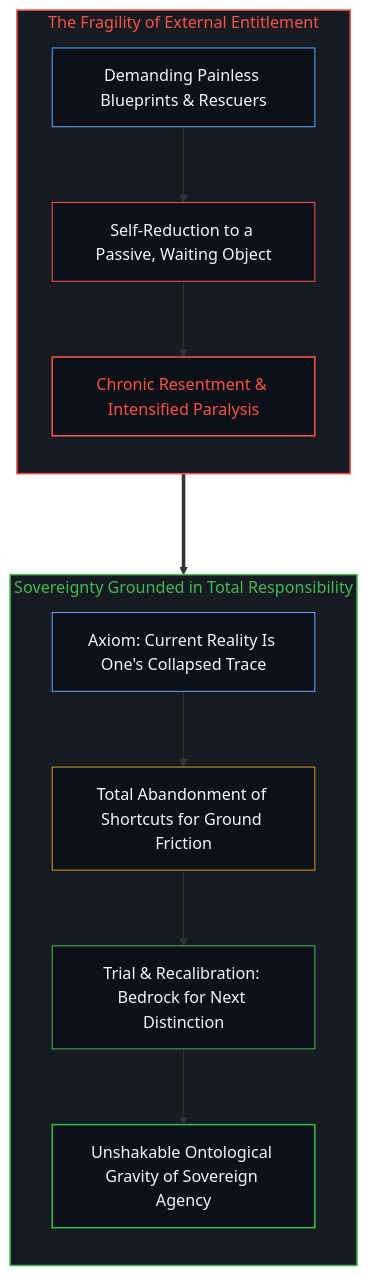
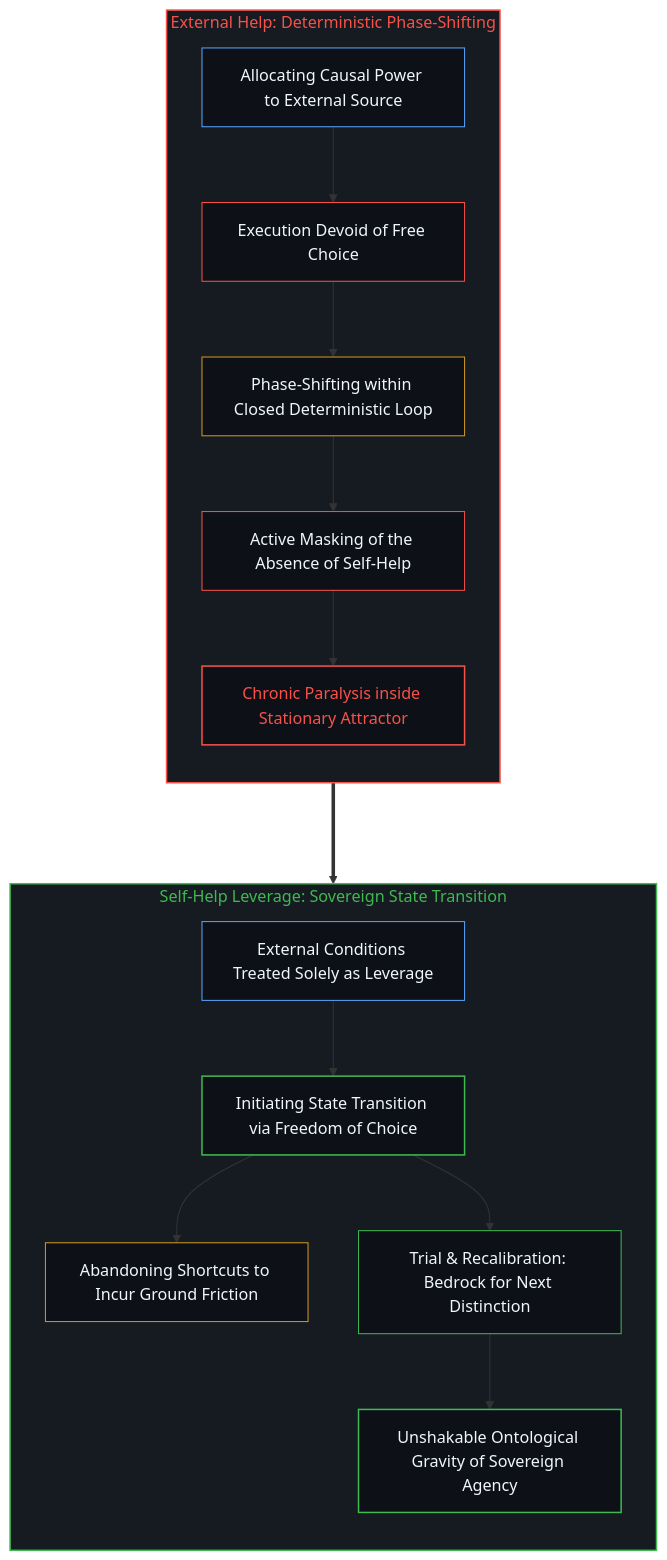
One commit to powerpig99/not-a-toe changed the tenth of 10 diagrams in content/posts/choice-itself-has-no-inherent-weight.md. Above: the diagram before and after it, drawn with Mermaid. The commit also changed other lines of this file and 4 other files, not shown here.

````diff
--- a/content/posts/choice-itself-has-no-inherent-weight.md
+++ b/content/posts/choice-itself-has-no-inherent-weight.md
@@ -317,27 +327,33 @@
 ```mermaid
 graph TD
-    subgraph S_Dependency_EN ["The Fragility of External Entitlement"]
+    subgraph S_Dependency_EN ["External Help: Deterministic Phase-Shifting"]
         direction TB
-        DE_Claim["Demanding Painless Blueprints & Rescuers"] --> DE_Passive["Self-Reduction to a Passive, Waiting Object"]
-        DE_Passive --> DE_Resentment["Chronic Resentment & Intensified Paralysis"]
+        DE_Claim["Allocating Causal Power to External Source"] --> DE_Passive["Execution Devoid of Free Choice"]
+        DE_Passive --> DE_PhaseShift["Phase-Shifting within Closed Deterministic Loop"]
+        DE_PhaseShift --> DE_Masking["Active Masking of the Absence of Self-Help"]
+        DE_Masking --> DE_Paralysis["Chronic Paralysis inside Stationary Attractor"]
     end
 
-    subgraph S_Sovereignty_EN ["Sovereignty Grounded in Total Responsibility"]
+    subgraph S_Sovereignty_EN ["Self-Help Leverage: Sovereign State Transition"]
         direction TB
-        RE_Ground["Axiom: Current Reality Is One's Collapsed Trace"] --> RE_Friction["Total Abandonment of Shortcuts for Ground Friction"]
-        RE_Friction --> RE_Bedrock["Trial & Recalibration: Bedrock for Next Distinction"]
+        RE_Leverage["External Conditions Treated Solely as Leverage"] --> RE_FreeChoice["Initiating State Transition via Freedom of Choice"]
+        RE_FreeChoice --> RE_Friction["Abandoning Shortcuts to Incur Ground Friction"]
+        RE_FreeChoice --> RE_Bedrock["Trial & Recalibration: Bedrock for Next Distinction"]
         RE_Bedrock --> RE_Agency["Unshakable Ontological Gravity of Sovereign Agency"]
     end
 
-    DE_Resentment ===> RE_Ground
+    DE_Paralysis ===> RE_Leverage
 
     style S_Dependency_EN fill:#161b22,stroke:#f85149,stroke-width:1.5px,color:#f85149
     style S_Sovereignty_EN fill:#161b22,stroke:#3fb950,stroke-width:1.5px,color:#3fb950
     style DE_Claim fill:#0d1117,stroke:#58a6ff,stroke-width:1px,color:#f0f6fc
     style DE_Passive fill:#0d1117,stroke:#f85149,stroke-width:1px,color:#f0f6fc
-    style DE_Resentment fill:#0d1117,stroke:#f85149,stroke-width:1.5px,color:#f85149
-    style RE_Ground fill:#0d1117,stroke:#58a6ff,stroke-width:1px,color:#f0f6fc
+    style DE_PhaseShift fill:#0d1117,stroke:#d29922,stroke-width:1px,color:#f0f6fc
+    style DE_Masking fill:#0d1117,stroke:#f85149,stroke-width:1px,color:#f0f6fc
+    style DE_Paralysis fill:#0d1117,stroke:#f85149,stroke-width:1.5px,color:#f85149
+    style RE_Leverage fill:#0d1117,stroke:#58a6ff,stroke-width:1px,color:#f0f6fc
+    style RE_FreeChoice fill:#0d1117,stroke:#3fb950,stroke-width:1.5px,color:#f0f6fc
     style RE_Friction fill:#0d1117,stroke:#d29922,stroke-width:1px,color:#f0f6fc
     style RE_Bedrock fill:#0d1117,stroke:#3fb950,stroke-width:1px,color:#f0f6fc
     style RE_Agency fill:#0d1117,stroke:#3fb950,stroke-width:1.5px,color:#f0f6fc
 ```
````
